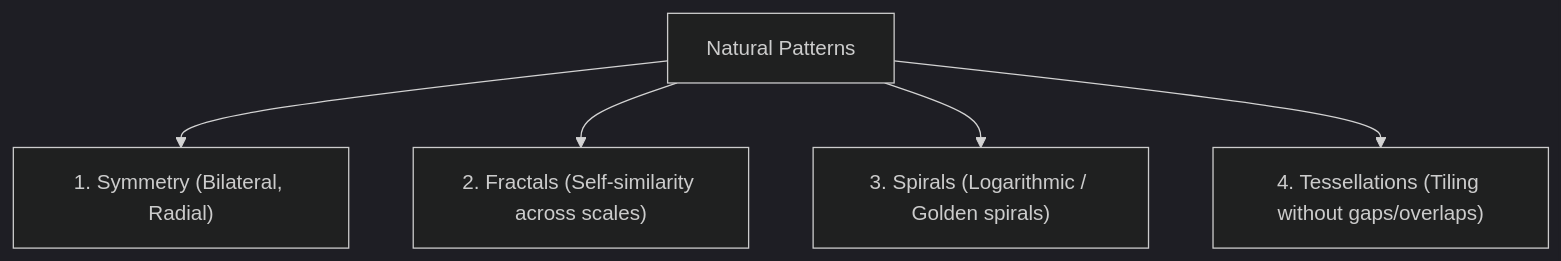
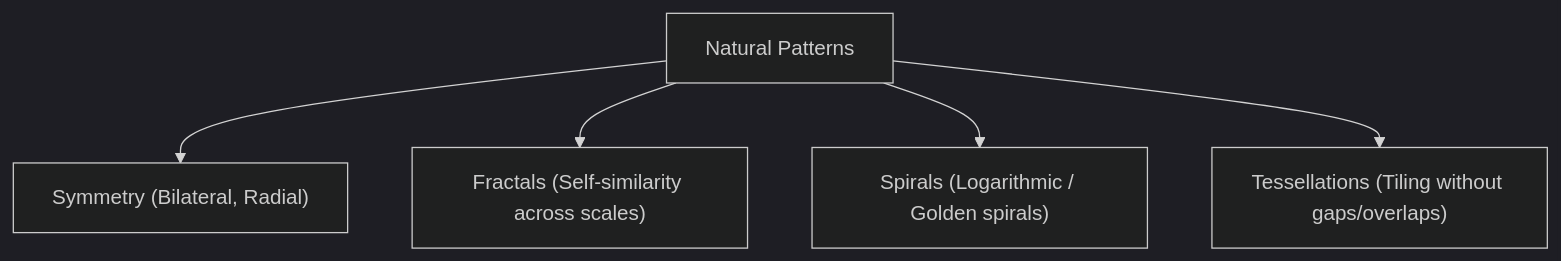
Before and after one commit to aidocmr/learn-bscs: the diagram in content/Year 1/Mathematics in the Modern World/1. Patterns in Nature and the Fibonacci Sequence.md, drawn with Mermaid (dark theme). The commit also changed other lines of this file and 17 other files, not shown here.

````diff
--- a/content/Year 1/Mathematics in the Modern World/1. Patterns in Nature and the Fibonacci Sequence.md
+++ b/content/Year 1/Mathematics in the Modern World/1. Patterns in Nature and the Fibonacci Sequence.md
@@ -10,7 +10,7 @@
 ```mermaid
 graph TD
-    Patterns["Natural Patterns"] --> Sym["1. Symmetry (Bilateral, Radial)"]
-    Patterns --> Fract["2. Fractals (Self-similarity across scales)"]
-    Patterns --> Spir["3. Spirals (Logarithmic / Golden spirals)"]
-    Patterns --> Tess["4. Tessellations (Tiling without gaps/overlaps)"]
+    Patterns["Natural Patterns"] --> Sym["Symmetry (Bilateral, Radial)"]
+    Patterns --> Fract["Fractals (Self-similarity across scales)"]
+    Patterns --> Spir["Spirals (Logarithmic / Golden spirals)"]
+    Patterns --> Tess["Tessellations (Tiling without gaps/overlaps)"]
 ```
````
